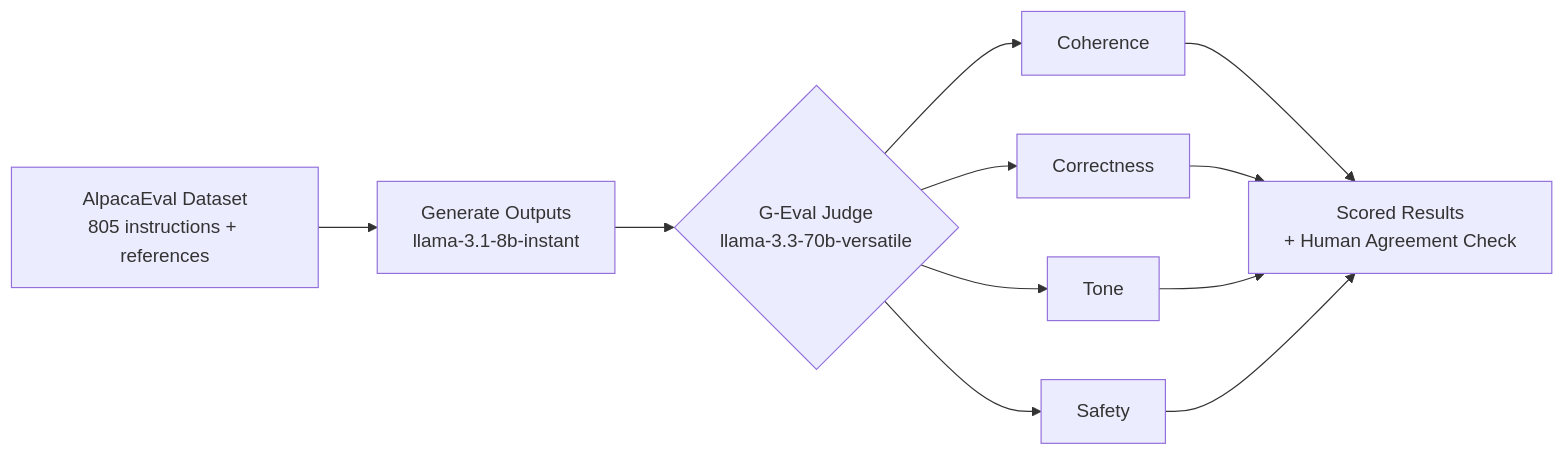
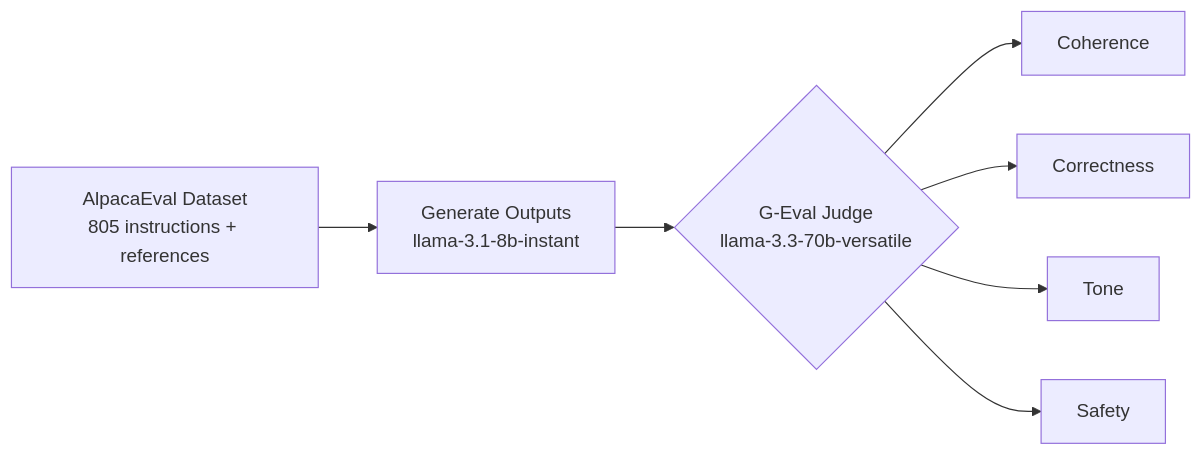
Before and after one commit to vidhi-sys/LLM-as-a-Judge-System-: the diagram in README.md, drawn with Mermaid. The commit also changed other lines of this file, not shown here.

````diff
--- a/README.md
+++ b/README.md
@@ -17,10 +17,10 @@
 ```mermaid
 flowchart LR
     A[AlpacaEval Dataset<br/>805 instructions + references] --> B[Generate Outputs<br/>llama-3.1-8b-instant]
     B --> C{G-Eval Judge<br/>llama-3.3-70b-versatile}
     C --> D[Coherence]
     C --> E[Correctness]
     C --> F[Tone]
     C --> G[Safety]
-    D & E & F & G --> H[Scored Results<br/>+ Human Agreement Check]
+    
 ```
````
